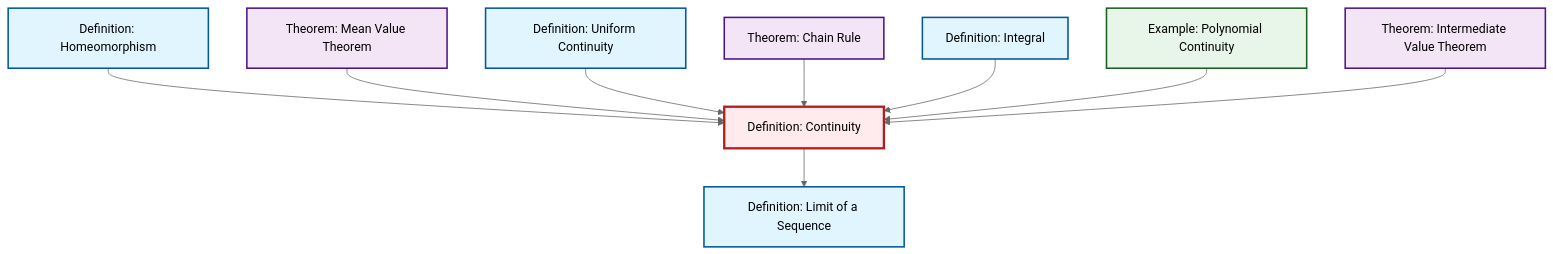
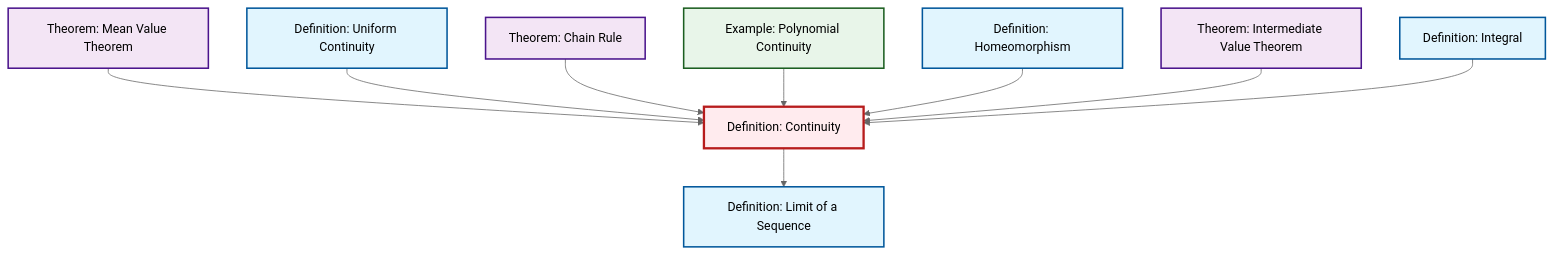
One commit to RK0429/ModernMath changed the diagram in content/ja/analysis/def-continuity.qmd. Above: the diagram before and after it, drawn with Mermaid (neutral theme). The commit also changed other lines of this file and 615 other files, not shown here.

````diff
--- a/content/ja/analysis/def-continuity.qmd
+++ b/content/ja/analysis/def-continuity.qmd
@@ -58,35 +58,35 @@
 ```{mermaid}
 %%| fig-cap: "Local dependency graph"
 graph TD
     classDef definition fill:#e1f5fe,stroke:#01579b,stroke-width:2px
     classDef theorem fill:#f3e5f5,stroke:#4a148c,stroke-width:2px
     classDef axiom fill:#fff3e0,stroke:#e65100,stroke-width:2px
     classDef example fill:#e8f5e9,stroke:#1b5e20,stroke-width:2px
     classDef current fill:#ffebee,stroke:#b71c1c,stroke-width:3px
-    ex-polynomial-continuity["Example: Polynomial Continuity"]:::example
-    def-uniform-continuity["Definition: Uniform Continuity"]:::definition
-    def-limit["Definition: Limit of a Sequence"]:::definition
-    def-continuity["Definition: Continuity"]:::definition
-    def-homeomorphism["Definition: Homeomorphism"]:::definition
     thm-mean-value["Theorem: Mean Value Theorem"]:::theorem
-    thm-chain-rule["Theorem: Chain Rule"]:::theorem
     def-integral["Definition: Integral"]:::definition
     thm-intermediate-value["Theorem: Intermediate Value Theorem"]:::theorem
-    def-homeomorphism --> def-continuity
+    def-continuity["Definition: Continuity"]:::definition
+    thm-chain-rule["Theorem: Chain Rule"]:::theorem
+    def-limit["Definition: Limit of a Sequence"]:::definition
+    def-homeomorphism["Definition: Homeomorphism"]:::definition
+    def-uniform-continuity["Definition: Uniform Continuity"]:::definition
+    ex-polynomial-continuity["Example: Polynomial Continuity"]:::example
     thm-mean-value --> def-continuity
     def-uniform-continuity --> def-continuity
     thm-chain-rule --> def-continuity
+    ex-polynomial-continuity --> def-continuity
+    def-homeomorphism --> def-continuity
     def-continuity --> def-limit
+    thm-intermediate-value --> def-continuity
     def-integral --> def-continuity
-    ex-polynomial-continuity --> def-continuity
-    thm-intermediate-value --> def-continuity
     class def-continuity current
-    click ex-polynomial-continuity "ex-polynomial-continuity.html" "Example: Polynomial Continuityへ"
-    click def-uniform-continuity "def-uniform-continuity.html" "Definition: Uniform Continuityへ"
+    click thm-mean-value "thm-mean-value.html" "Theorem: Mean Value Theoremへ"
+    click def-integral "def-integral.html" "Definition: Integralへ"
+    click thm-intermediate-value "thm-intermediate-value.html" "Theorem: Intermediate Value Theoremへ"
+    click thm-chain-rule "thm-chain-rule.html" "Theorem: Chain Ruleへ"
     click def-limit "def-limit.html" "Definition: Limit of a Sequenceへ"
     click def-homeomorphism "def-homeomorphism.html" "Definition: Homeomorphismへ"
-    click thm-mean-value "thm-mean-value.html" "Theorem: Mean Value Theoremへ"
-    click thm-chain-rule "thm-chain-rule.html" "Theorem: Chain Ruleへ"
-    click def-integral "def-integral.html" "Definition: Integralへ"
-    click thm-intermediate-value "thm-intermediate-value.html" "Theorem: Intermediate Value Theoremへ"
+    click def-uniform-continuity "def-uniform-continuity.html" "Definition: Uniform Continuityへ"
+    click ex-polynomial-continuity "ex-polynomial-continuity.html" "Example: Polynomial Continuityへ"
 ```
````
